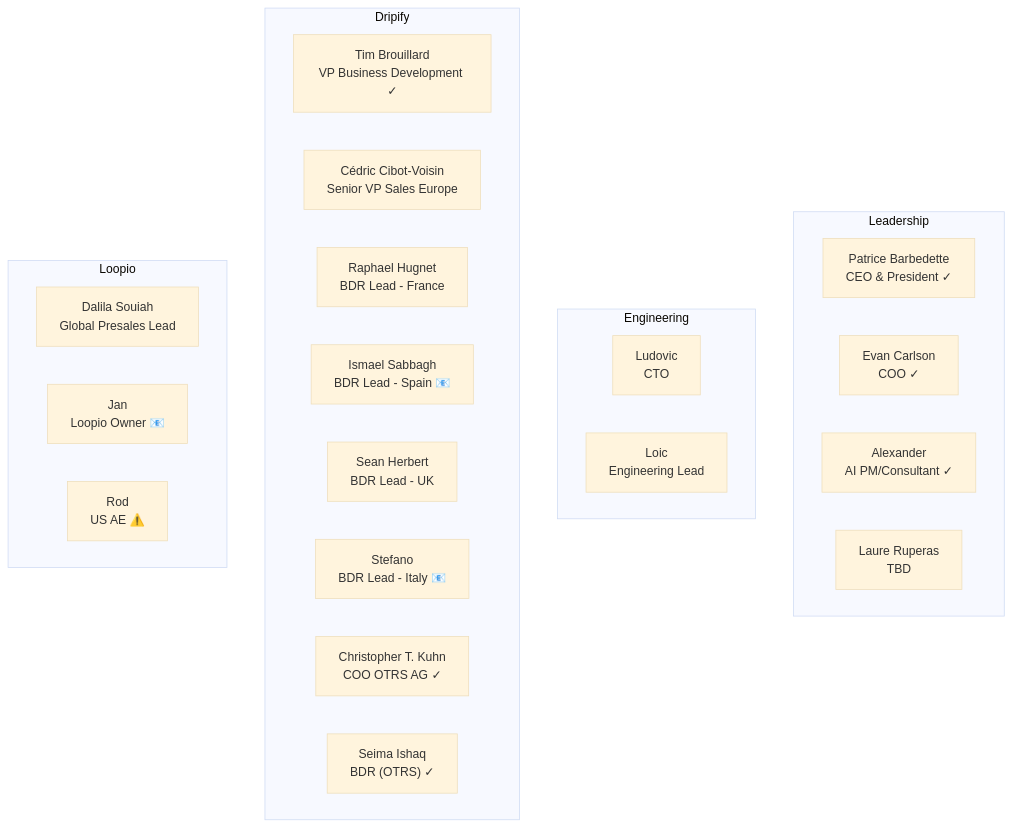
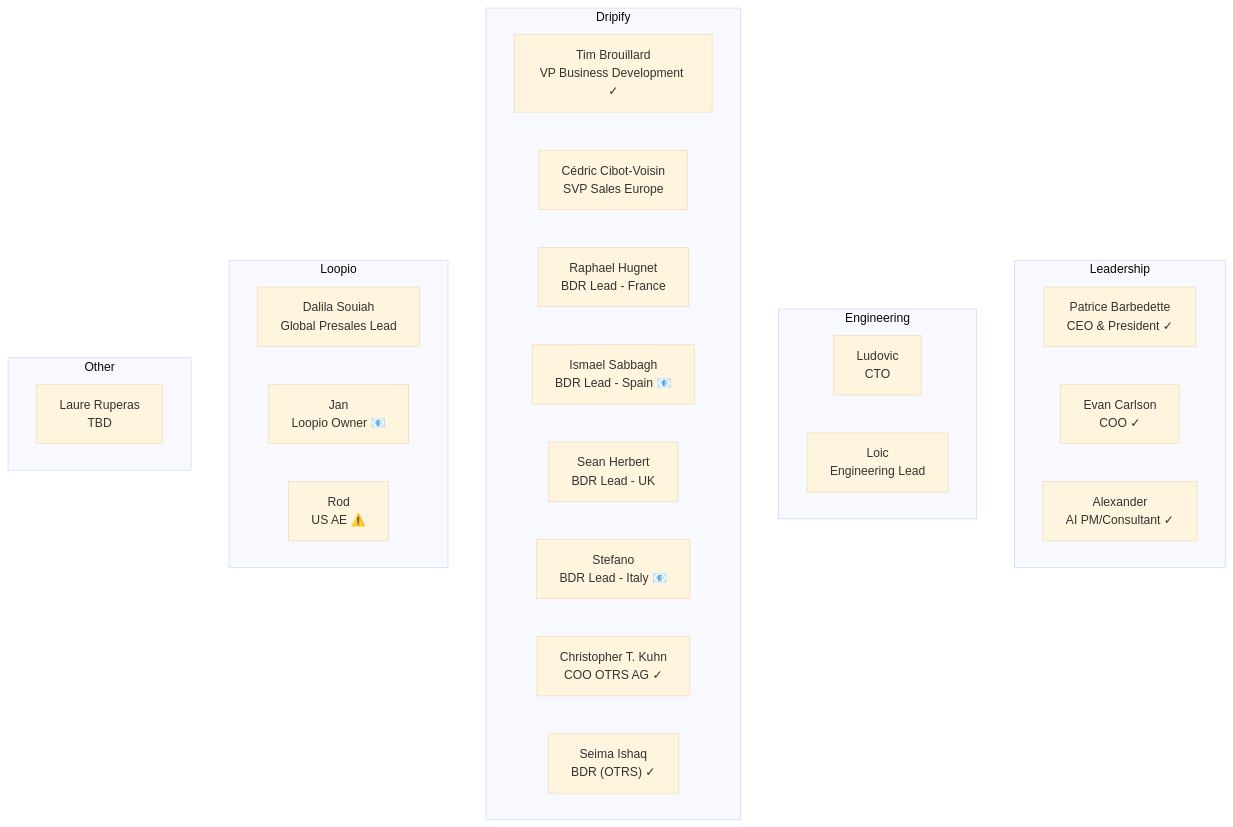
One commit to pqsoccerboy17/client-timelines changed the diagram in easyvista-stakeholders.mermaid. Above: the diagram before and after it, drawn with Mermaid (base theme). The commit also changed 4 other files, not shown here.

First line of the commit message:
Update timeline to Jan 30, 2026

````diff
--- a/easyvista-stakeholders.mermaid
+++ b/easyvista-stakeholders.mermaid
@@ -1,28 +1,30 @@
 ```mermaid
 flowchart TB
     subgraph Leadership
         Patrice_Barbedette["Patrice Barbedette<br/>CEO & President ✓"]
         Evan_Carlson["Evan Carlson<br/>COO ✓"]
         Alexander["Alexander<br/>AI PM/Consultant ✓"]
-        Laure_Ruperas["Laure Ruperas<br/>TBD "]
     end
     subgraph Engineering
         Ludovic["Ludovic<br/>CTO "]
         Loic["Loic<br/>Engineering Lead "]
     end
     subgraph Dripify
         Tim_Brouillard["Tim Brouillard<br/>VP Business Development ✓"]
-        Cédric_Cibot-Voisin["Cédric Cibot-Voisin<br/>Senior VP Sales Europe "]
+        Cédric_Cibot-Voisin["Cédric Cibot-Voisin<br/>SVP Sales Europe "]
         Raphael_Hugnet["Raphael Hugnet<br/>BDR Lead - France "]
         Ismael_Sabbagh["Ismael Sabbagh<br/>BDR Lead - Spain 📧"]
         Sean_Herbert["Sean Herbert<br/>BDR Lead - UK "]
         Stefano["Stefano<br/>BDR Lead - Italy 📧"]
         Christopher_T._Kuhn["Christopher T. Kuhn<br/>COO OTRS AG ✓"]
         Seima_Ishaq["Seima Ishaq<br/>BDR (OTRS) ✓"]
     end
     subgraph Loopio
         Dalila_Souiah["Dalila Souiah<br/>Global Presales Lead "]
         Jan["Jan<br/>Loopio Owner 📧"]
         Rod["Rod<br/>US AE ⚠️"]
     end
+    subgraph Other
+        Laure_Ruperas["Laure Ruperas<br/>TBD "]
+    end
 ```
````
